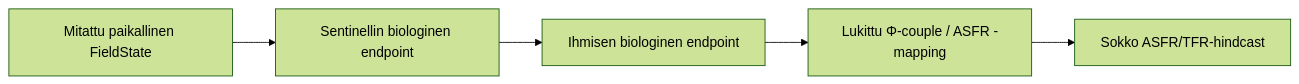
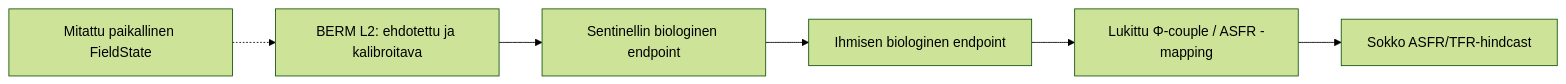
One commit to joetuotto/extinctionfield changed the diagram in berm/docs/sentinel-hindcast-protocol.md. Above: the diagram before and after it, drawn with Mermaid (forest theme). The commit also changed other lines of this file and 95 other files, not shown here.

````diff
--- a/berm/docs/sentinel-hindcast-protocol.md
+++ b/berm/docs/sentinel-hindcast-protocol.md
@@ -18,9 +20,10 @@
 ```mermaid
 flowchart LR
   FS["Mitattu paikallinen FieldState"]
+  L2["BERM L2: ehdotettu ja kalibroitava"]
   S["Sentinellin biologinen endpoint"]
   H["Ihmisen biologinen endpoint"]
   C["Lukittu Φ-couple / ASFR -mapping"]
   T["Sokko ASFR/TFR-hindcast"]
-  FS --> S --> H --> C --> T
+  FS -.-> L2 --> S --> H --> C --> T
 ```
````
